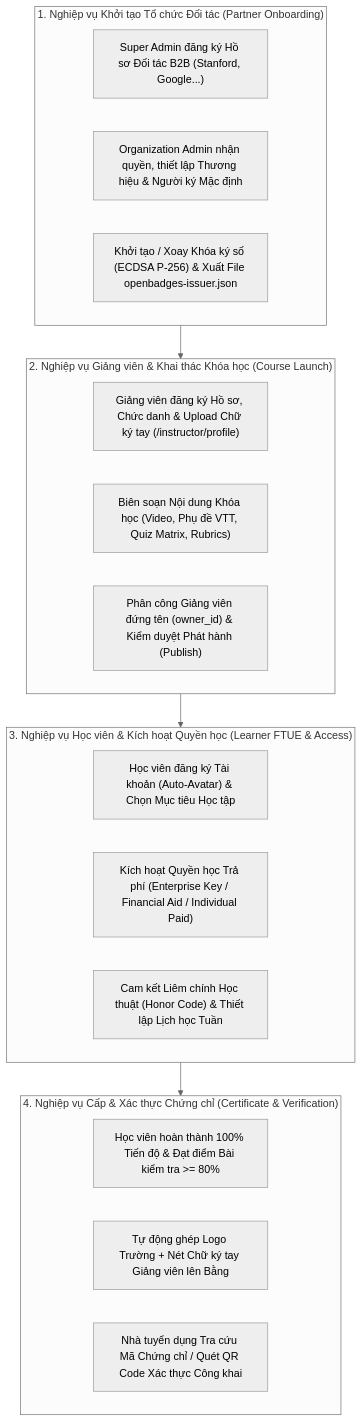
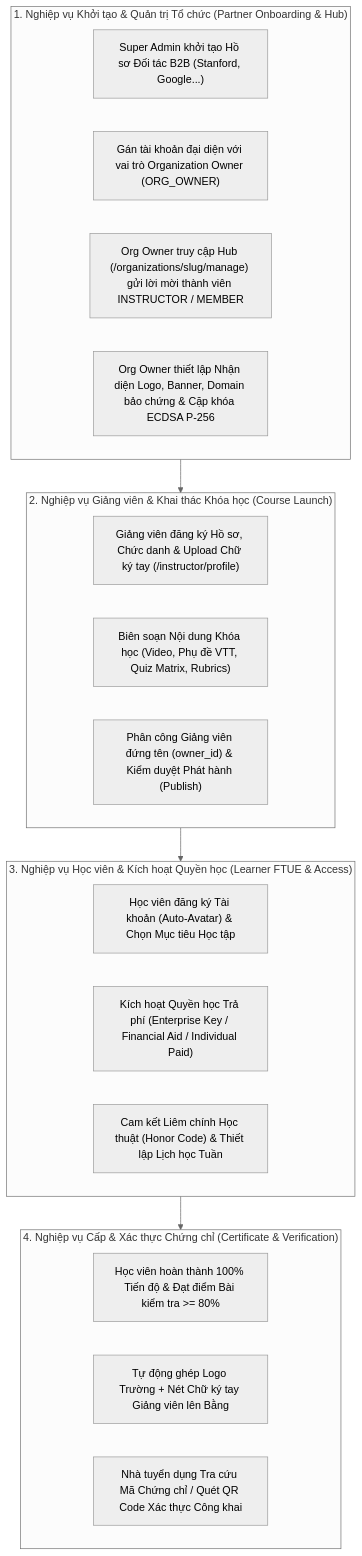
Before and after one commit to tianshi04/lms-ai-study-assistant: the diagram in docs/06_system_initialization_and_onboarding.md, drawn with Mermaid (neutral theme). The commit also changed other lines of this file, not shown here.

Commit message:
docs: update onboarding blueprint for org owner hub and 3-tier roles

````diff
--- a/docs/06_system_initialization_and_onboarding.md
+++ b/docs/06_system_initialization_and_onboarding.md
@@ -9,29 +9,29 @@
 ```mermaid
 flowchart TD
-    subgraph B1["1. Nghiệp vụ Khởi tạo Tổ chức Đối tác (Partner Onboarding)"]
-        B1_1["Super Admin đăng ký Hồ sơ Đối tác B2B (Stanford, Google...)"]
-
-        B1_2["Organization Admin nhận quyền, thiết lập Thương hiệu & Người ký Mặc định"]
-        B1_3["Khởi tạo / Xoay Khóa ký số (ECDSA P-256) & Xuất File openbadges-issuer.json"]
+    subgraph B1["1. Nghiệp vụ Khởi tạo & Quản trị Tổ chức (Partner Onboarding & Hub)"]
+        B1_1["Super Admin khởi tạo Hồ sơ Đối tác B2B (Stanford, Google...)"]
+        B1_2["Gán tài khoản đại diện với vai trò Organization Owner (ORG_OWNER)"]
+        B1_3["Org Owner truy cập Hub (/organizations/slug/manage) gửi lời mời thành viên INSTRUCTOR / MEMBER"]
+        B1_4["Org Owner thiết lập Nhận diện Logo, Banner, Domain bảo chứng & Cặp khóa ECDSA P-256"]
     end
 
     subgraph B2["2. Nghiệp vụ Giảng viên & Khai thác Khóa học (Course Launch)"]
         B2_1["Giảng viên đăng ký Hồ sơ, Chức danh & Upload Chữ ký tay (/instructor/profile)"]
         B2_2["Biên soạn Nội dung Khóa học (Video, Phụ đề VTT, Quiz Matrix, Rubrics)"]
         B2_3["Phân công Giảng viên đứng tên (owner_id) & Kiểm duyệt Phát hành (Publish)"]
     end
 
     subgraph B3["3. Nghiệp vụ Học viên & Kích hoạt Quyền học (Learner FTUE & Access)"]
         B3_1["Học viên đăng ký Tài khoản (Auto-Avatar) & Chọn Mục tiêu Học tập"]
         B3_2["Kích hoạt Quyền học Trả phí (Enterprise Key / Financial Aid / Individual Paid)"]
         B3_3["Cam kết Liêm chính Học thuật (Honor Code) & Thiết lập Lịch học Tuần"]
     end
 
     subgraph B4["4. Nghiệp vụ Cấp & Xác thực Chứng chỉ (Certificate & Verification)"]
         B4_1["Học viên hoàn thành 100% Tiến độ & Đạt điểm Bài kiểm tra >= 80%"]
         B4_2["Tự động ghép Logo Trường + Nét Chữ ký tay Giảng viên lên Bằng"]
         B4_3["Nhà tuyển dụng Tra cứu Mã Chứng chỉ / Quét QR Code Xác thực Công khai"]
     end
 
     B1 --> B2 --> B3 --> B4
 ```
````
